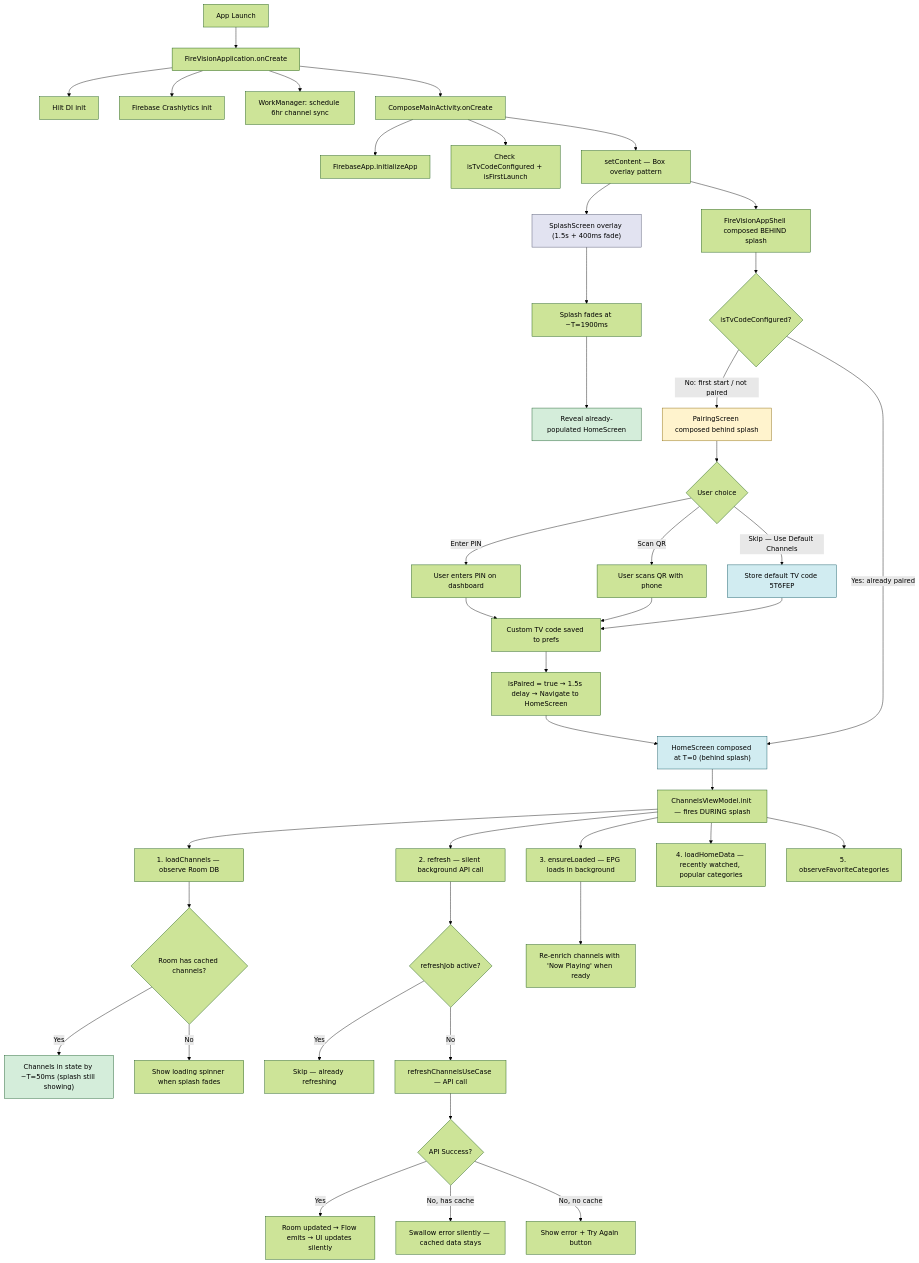
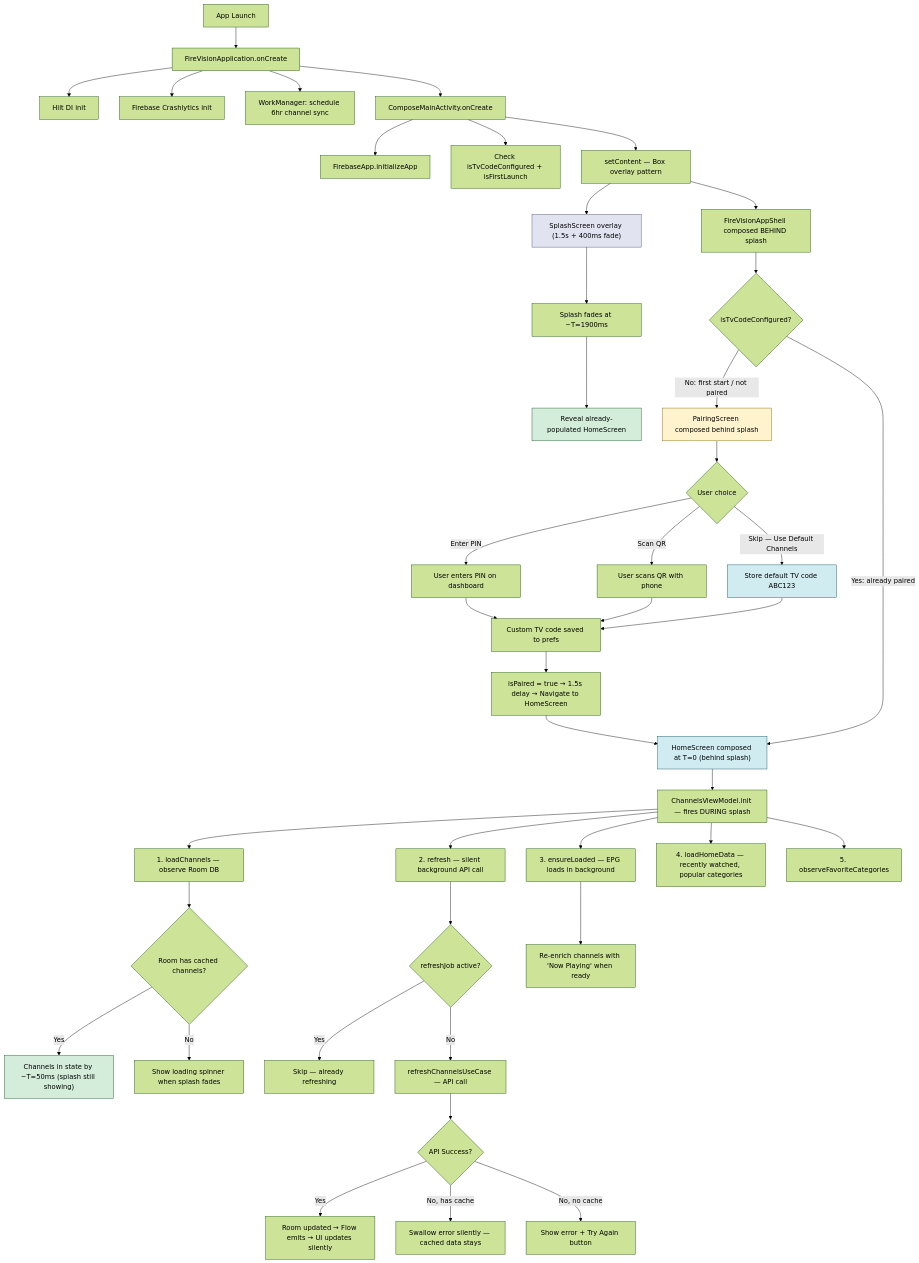
The first of 6 diagrams in android/docs/workflow/APP_STARTUP_FLOW.md (mostafabonnif-beep/dzhoot), drawn with Mermaid (forest theme) before and after one commit. The commit also changed 9 other files, not shown here.

First line of the commit message:
fix(security): drop the committed default super-admin channel-list code

````diff
--- a/android/docs/workflow/APP_STARTUP_FLOW.md
+++ b/android/docs/workflow/APP_STARTUP_FLOW.md
@@ -11,65 +11,65 @@
 ```mermaid
 flowchart TD
     A[App Launch] --> B[FireVisionApplication.onCreate]
     B --> B1[Hilt DI init]
     B --> B2[Firebase Crashlytics init]
     B --> B3[WorkManager: schedule 6hr channel sync]
 
     B --> C[ComposeMainActivity.onCreate]
     C --> C1[FirebaseApp.initializeApp]
     C --> C2[Check isTvCodeConfigured + isFirstLaunch]
 
     C --> SET["setContent — Box overlay pattern"]
 
     SET --> SP["SplashScreen overlay (1.5s + 400ms fade)"]
     SET --> SHELL["FireVisionAppShell composed BEHIND splash"]
 
     SHELL --> RT{isTvCodeConfigured?}
 
     RT -- "No: first start / not paired" --> PA[PairingScreen composed behind splash]
 
     PA --> PD{User choice}
     PD -- "Enter PIN" --> PA1[User enters PIN on dashboard]
     PD -- "Scan QR" --> PA2[User scans QR with phone]
-    PD -- "Skip — Use Default Channels" --> PA3[Store default TV code 5T6FEP]
+    PD -- "Skip — Use Default Channels" --> PA3[Store default TV code ABC123]
 
     PA1 --> PA4[Custom TV code saved to prefs]
     PA2 --> PA4
     PA3 --> PA4
     PA4 --> PA5["isPaired = true → 1.5s delay → Navigate to HomeScreen"]
 
     RT -- "Yes: already paired" --> HS["HomeScreen composed at T=0 (behind splash)"]
     PA5 --> HS
 
     HS --> J["ChannelsViewModel.init — fires DURING splash"]
 
     J --> K["1. loadChannels — observe Room DB"]
     K --> O{Room has cached channels?}
     O -- Yes --> P["Channels in state by ~T=50ms (splash still showing)"]
     O -- No --> Q[Show loading spinner when splash fades]
 
     J --> M["2. refresh — silent background API call"]
     M --> MG{refreshJob active?}
     MG -- Yes --> MS[Skip — already refreshing]
     MG -- No --> R[refreshChannelsUseCase — API call]
 
     R --> S{API Success?}
     S -- Yes --> T[Room updated → Flow emits → UI updates silently]
     S -- No, has cache --> U[Swallow error silently — cached data stays]
     S -- No, no cache --> V[Show error + Try Again button]
 
     J --> EPG["3. ensureLoaded — EPG loads in background"]
     EPG --> EPG1["Re-enrich channels with 'Now Playing' when ready"]
     J --> L["4. loadHomeData — recently watched, popular categories"]
     J --> N["5. observeFavoriteCategories"]
 
     SP --> SP1["Splash fades at ~T=1900ms"]
     SP1 --> REVEAL["Reveal already-populated HomeScreen"]
 
     style SP fill:#e2e3f1,stroke:#4a4e69
     style PA fill:#fff3cd,stroke:#856404
     style PA3 fill:#d1ecf1,stroke:#0c5460
     style P fill:#d4edda,stroke:#155724
     style REVEAL fill:#d4edda,stroke:#155724
     style HS fill:#d1ecf1,stroke:#0c5460
 ```
````
